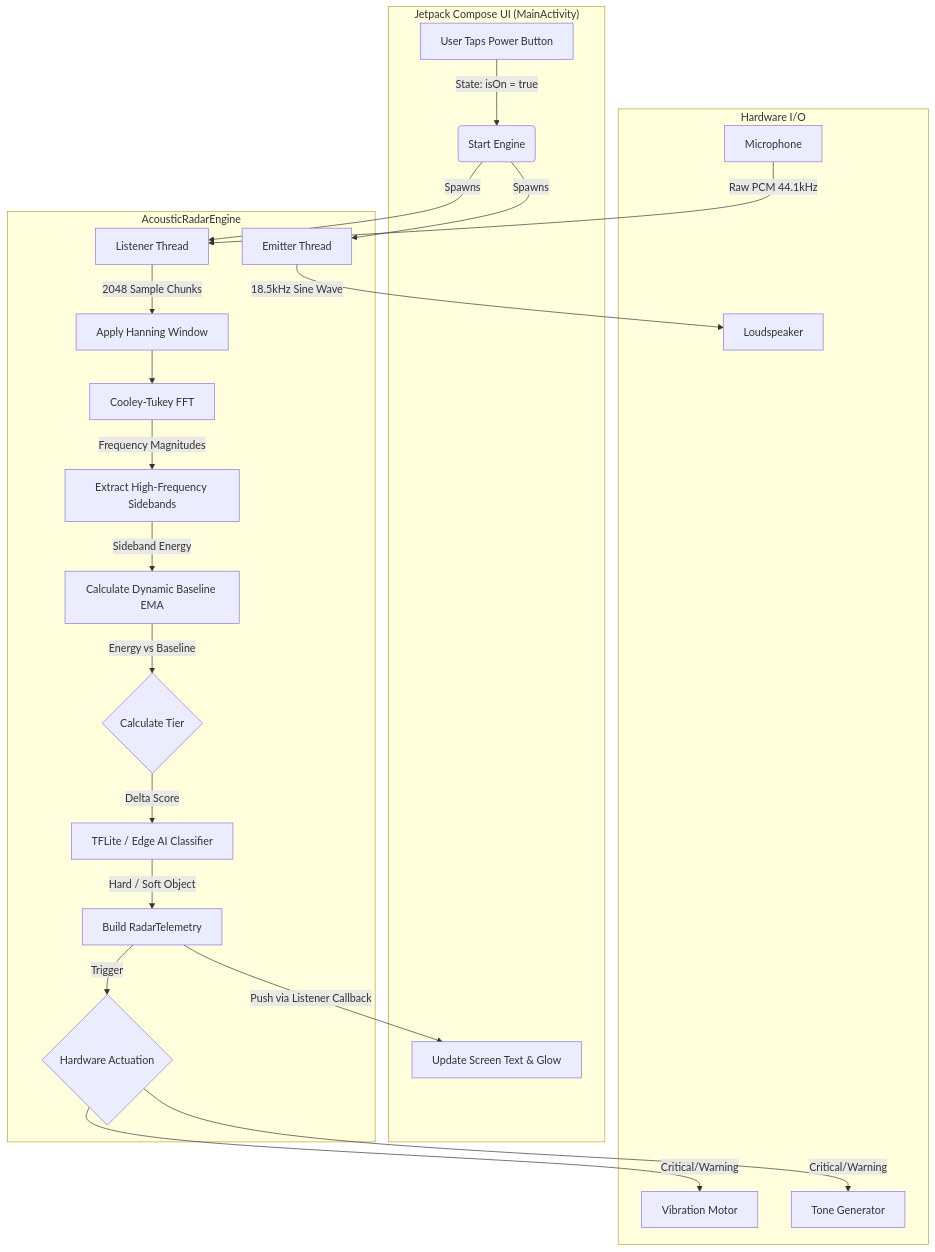
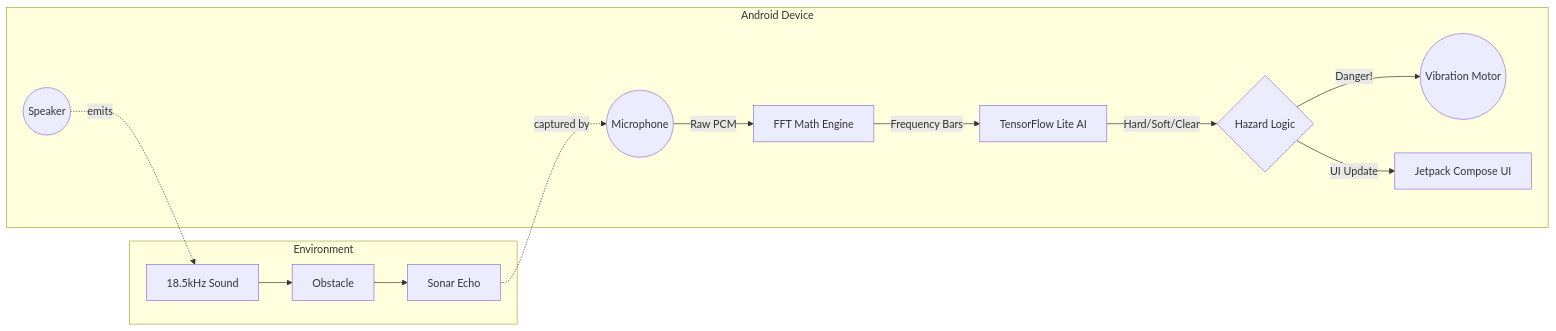
Before and after one commit to anishraj9789/TECHASHY_NEW_PS: the diagram in README.md, drawn with Mermaid. The commit also changed other lines of this file and 3 other files, not shown here.

````diff
--- a/README.md
+++ b/README.md
@@ -45,43 +42,23 @@
 ```mermaid
-graph TD
-    %% UI Layer
-    subgraph UI["Jetpack Compose UI (MainActivity)"]
-        A[User Taps Power Button] -->|State: isOn = true| B(Start Engine)
-        UpdateUI[Update Screen Text & Glow]
+flowchart LR
+    subgraph Environment
+        SoundWave[18.5kHz Sound] --> Obstacle
+        Obstacle --> Echo[Sonar Echo]
     end
 
-    %% Hardware I/O Layer
-    subgraph Hardware["Hardware I/O"]
-        Mic[Microphone]
-        Spk[Loudspeaker]
-        Vib[Vibration Motor]
-        Tone[Tone Generator]
+    subgraph Phone [Android Device]
+        Speaker((Speaker))
+        Mic((Microphone))
+        
+        Speaker -. emits .-> SoundWave
+        Echo -. captured by .-> Mic
+        
+        Mic -->|Raw PCM| FFT[FFT Math Engine]
+        FFT -->|Frequency Bars| TFLite[TensorFlow Lite AI]
+        
+        TFLite -->|Hard/Soft/Clear| Logic{Hazard Logic}
+        
+        Logic -->|Danger!| Haptics((Vibration Motor))
+        Logic -->|UI Update| Compose[Jetpack Compose UI]
     end
-
-    %% Engine Layer
-    subgraph Engine["AcousticRadarEngine"]
-        B -->|Spawns| Emitter[Emitter Thread]
-        B -->|Spawns| Listener[Listener Thread]
-        
-        Emitter -->|18.5kHz Sine Wave| Spk
-        Mic -->|Raw PCM 44.1kHz| Listener
-        
-        Listener -->|2048 Sample Chunks| Hanning[Apply Hanning Window]
-        Hanning --> FFT[Cooley-Tukey FFT]
-        FFT -->|Frequency Magnitudes| Doppler[Extract High-Frequency Sidebands]
-        
-        Doppler -->|Sideband Energy| EMA[Calculate Dynamic Baseline EMA]
-        EMA -->|Energy vs Baseline| TierCalc{Calculate Tier}
-        
-        TierCalc -->|Delta Score| Classifier[TFLite / Edge AI Classifier]
-        Classifier -->|Hard / Soft Object| Telemetry[Build RadarTelemetry]
-        
-        Telemetry -->|Trigger| Actuation{Hardware Actuation}
-    end
-
-    %% Connections
-    Actuation -->|Critical/Warning| Vib
-    Actuation -->|Critical/Warning| Tone
-    
-    Telemetry -->|Push via Listener Callback| UpdateUI
 ```
````
